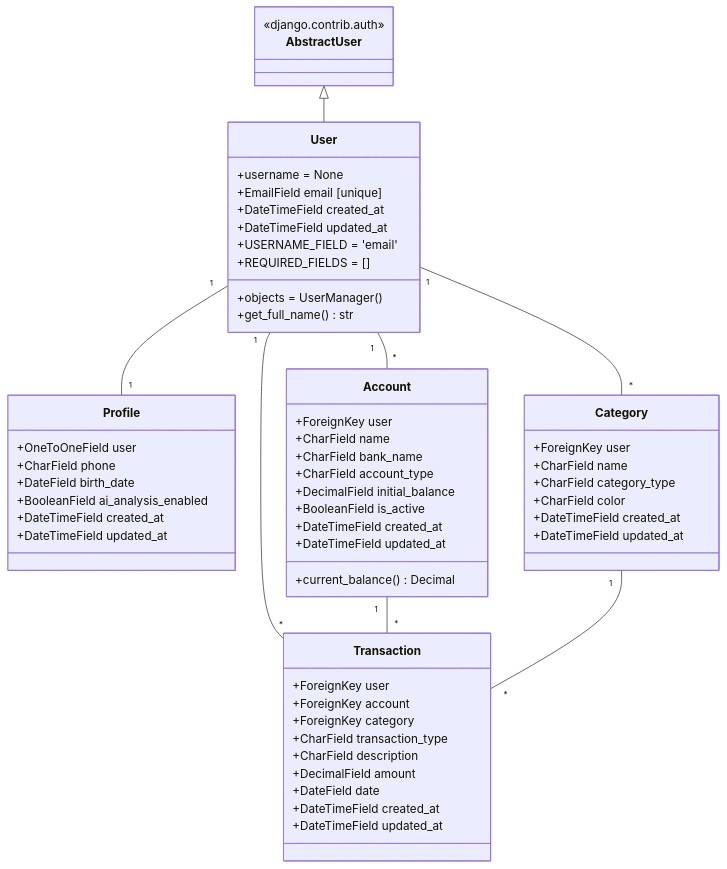
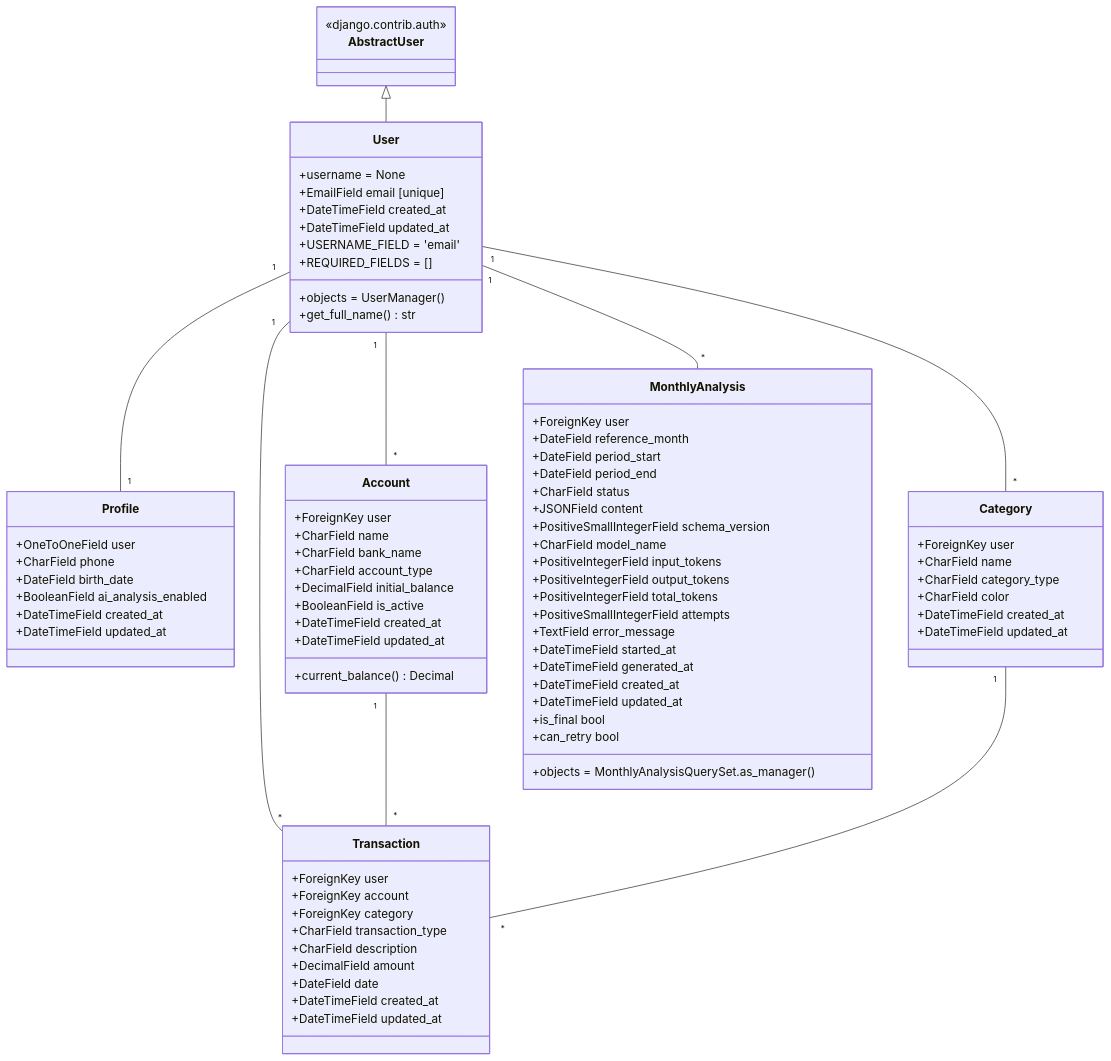
Before and after one commit to rubenmelo-dotcom/finanpy: the fourth of 7 diagrams in PRD.md, drawn with Mermaid. The commit also changed other lines of this file and 16 other files, not shown here.

````diff
--- a/PRD.md
+++ b/PRD.md
@@ -583,6 +599,28 @@
         +DateTimeField created_at
         +DateTimeField updated_at
     }
+    class MonthlyAnalysis {
+        +ForeignKey user
+        +DateField reference_month
+        +DateField period_start
+        +DateField period_end
+        +CharField status
+        +JSONField content
+        +PositiveSmallIntegerField schema_version
+        +CharField model_name
+        +PositiveIntegerField input_tokens
+        +PositiveIntegerField output_tokens
+        +PositiveIntegerField total_tokens
+        +PositiveSmallIntegerField attempts
+        +TextField error_message
+        +DateTimeField started_at
+        +DateTimeField generated_at
+        +DateTimeField created_at
+        +DateTimeField updated_at
+        +objects = MonthlyAnalysisQuerySet.as_manager()
+        +is_final bool
+        +can_retry bool
+    }
     AbstractUser <|-- User
     User "1" -- "1" Profile
     User "1" -- "*" Account
@@ -590,4 +628,5 @@
     User "1" -- "*" Transaction
     Account "1" -- "*" Transaction
     Category "1" -- "*" Transaction
+    User "1" -- "*" MonthlyAnalysis
 ```
````
